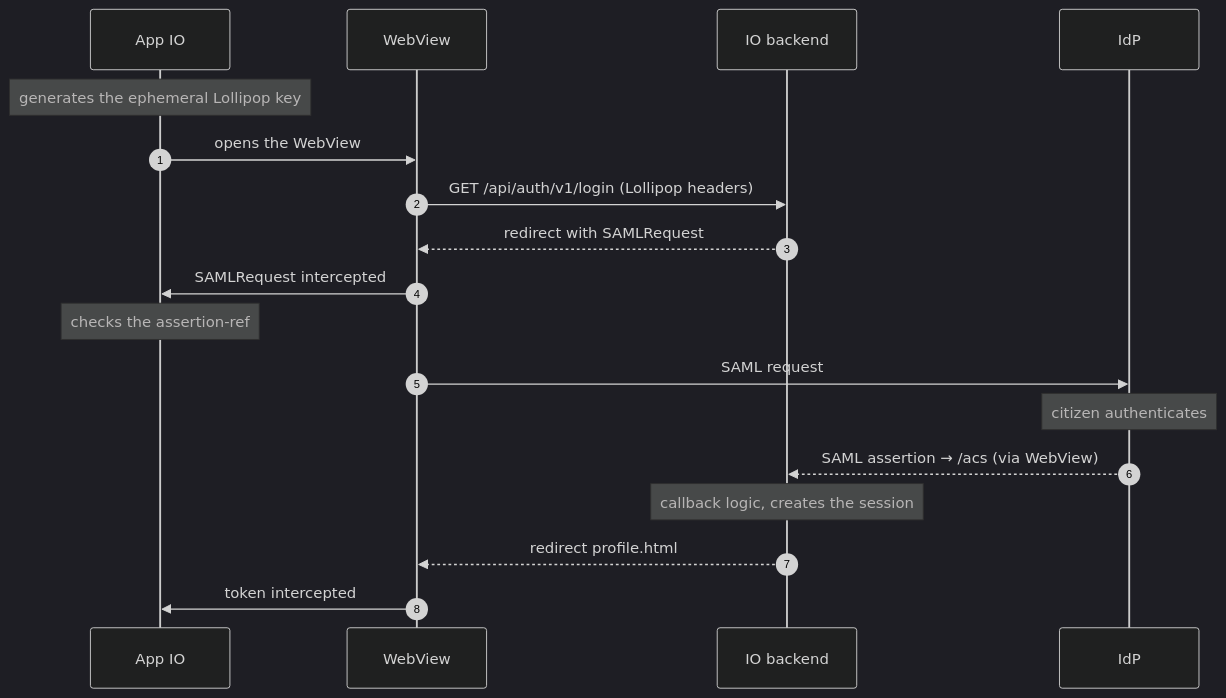
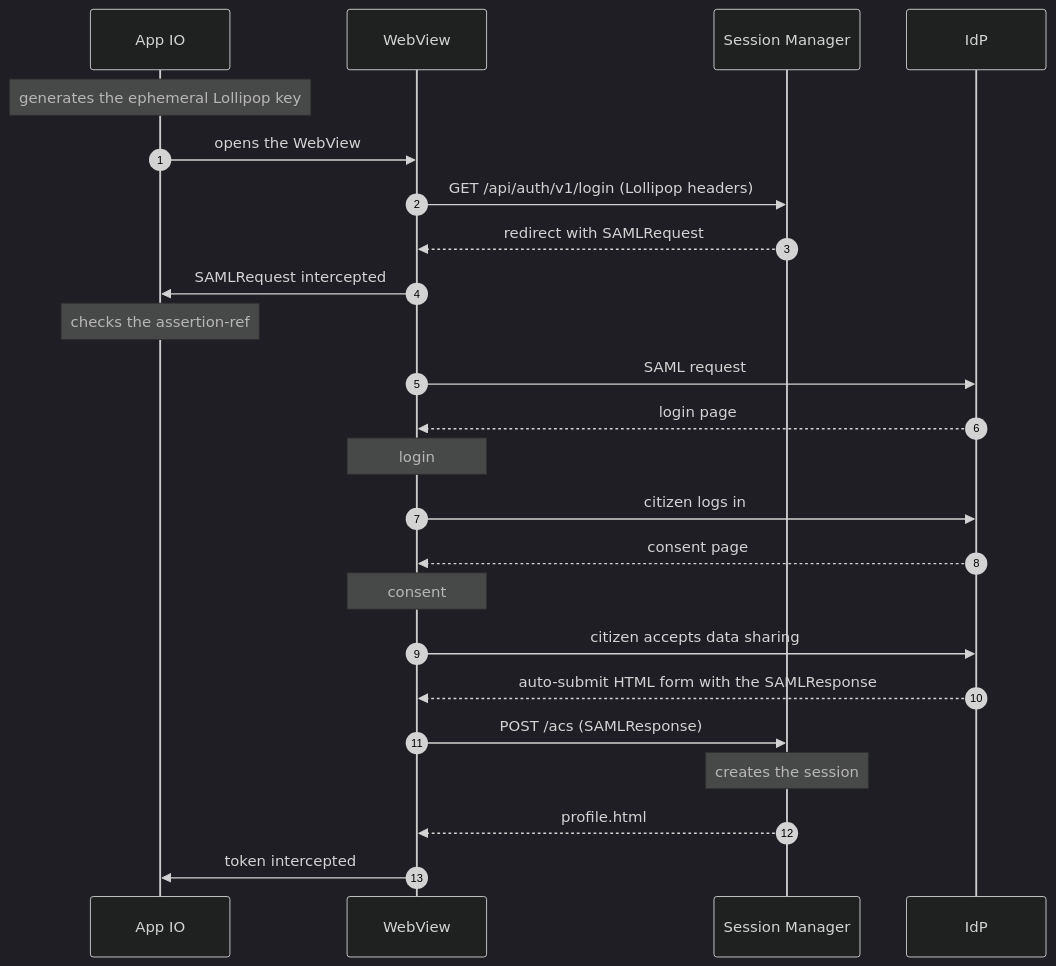
One commit to pagopa/io-app changed the second of 3 diagrams in docs/authentication/login-flows.md. Above: the diagram before and after it, drawn with Mermaid (dark theme). The commit also changed other lines of this file, not shown here.

Commit message:
docs(authentication): [IOPID-4100] detail login and consent steps in the login diagrams

````diff
--- a/docs/authentication/login-flows.md
+++ b/docs/authentication/login-flows.md
@@ -83,20 +83,26 @@
 ```mermaid
 sequenceDiagram
     autonumber
     participant App as App IO
     participant WV as WebView
-    participant BE as IO backend
+    participant BE as Session Manager
     participant IdP as IdP
     Note over App: generates the ephemeral Lollipop key
     App->>WV: opens the WebView
     WV->>BE: GET /api/auth/v1/login (Lollipop headers)
     BE-->>WV: redirect with SAMLRequest
     WV->>App: SAMLRequest intercepted
     Note over App: checks the assertion-ref
     WV->>IdP: SAML request
-    Note over IdP: citizen authenticates
-    IdP-->>BE: SAML assertion → /acs (via WebView)
-    Note over BE: callback logic, creates the session
-    BE-->>WV: redirect profile.html#token
+    IdP-->>WV: login page
+    Note over WV: login
+    WV->>IdP: citizen logs in
+    IdP-->>WV: consent page
+    Note over WV: consent
+    WV->>IdP: citizen accepts data sharing
+    IdP-->>WV: auto-submit HTML form with the SAMLResponse
+    WV->>BE: POST /acs (SAMLResponse)
+    Note over BE: creates the session
+    BE-->>WV: profile.html#token
     WV->>App: token intercepted
 ```
````
